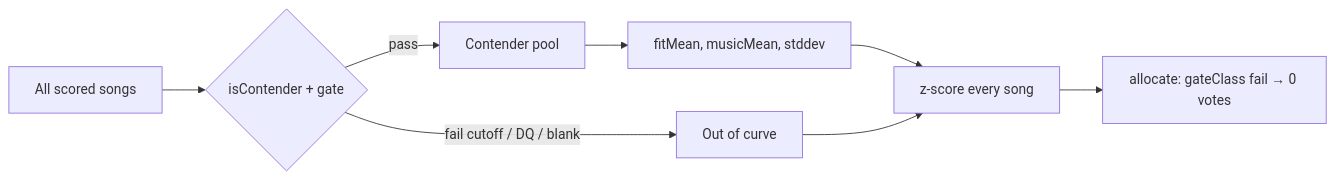
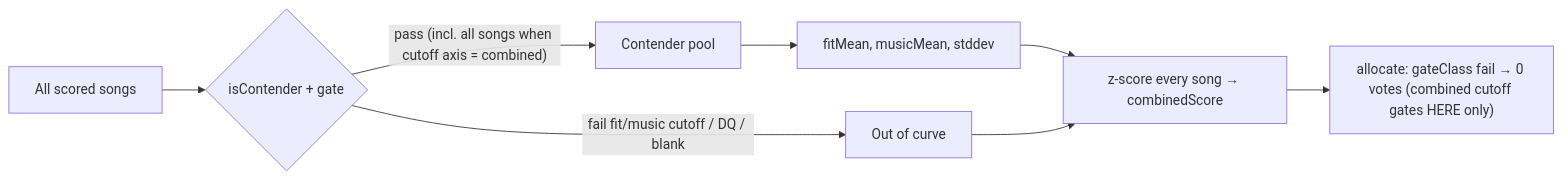
The diagram in spec/diagrams/normalization-contender-pool.md (bbailey27/music-league-voting-assistant), drawn with Mermaid before and after one commit. The commit also changed other lines of this file and 8 other files, not shown here.

Commit message:
Combined score cutoff flag

````diff
--- a/spec/diagrams/normalization-contender-pool.md
+++ b/spec/diagrams/normalization-contender-pool.md
@@ -12,11 +16,11 @@
 ```mermaid
 flowchart LR
   allSongs[All scored songs]
   allSongs --> isContender{isContender + gate}
-  isContender -->|pass| pool[Contender pool]
-  isContender -->|fail cutoff / DQ / blank| out[Out of curve]
+  isContender -->|"pass (incl. all songs when cutoff axis = combined)"| pool[Contender pool]
+  isContender -->|"fail fit/music cutoff / DQ / blank"| out[Out of curve]
   pool --> stats["fitMean, musicMean, stddev"]
-  stats --> zscore["z-score every song"]
+  stats --> zscore["z-score every song → combinedScore"]
   out --> zscore
-  zscore --> allocate["allocate: gateClass fail → 0 votes"]
+  zscore --> allocate["allocate: gateClass fail → 0 votes (combined cutoff gates HERE only)"]
 ```
````
